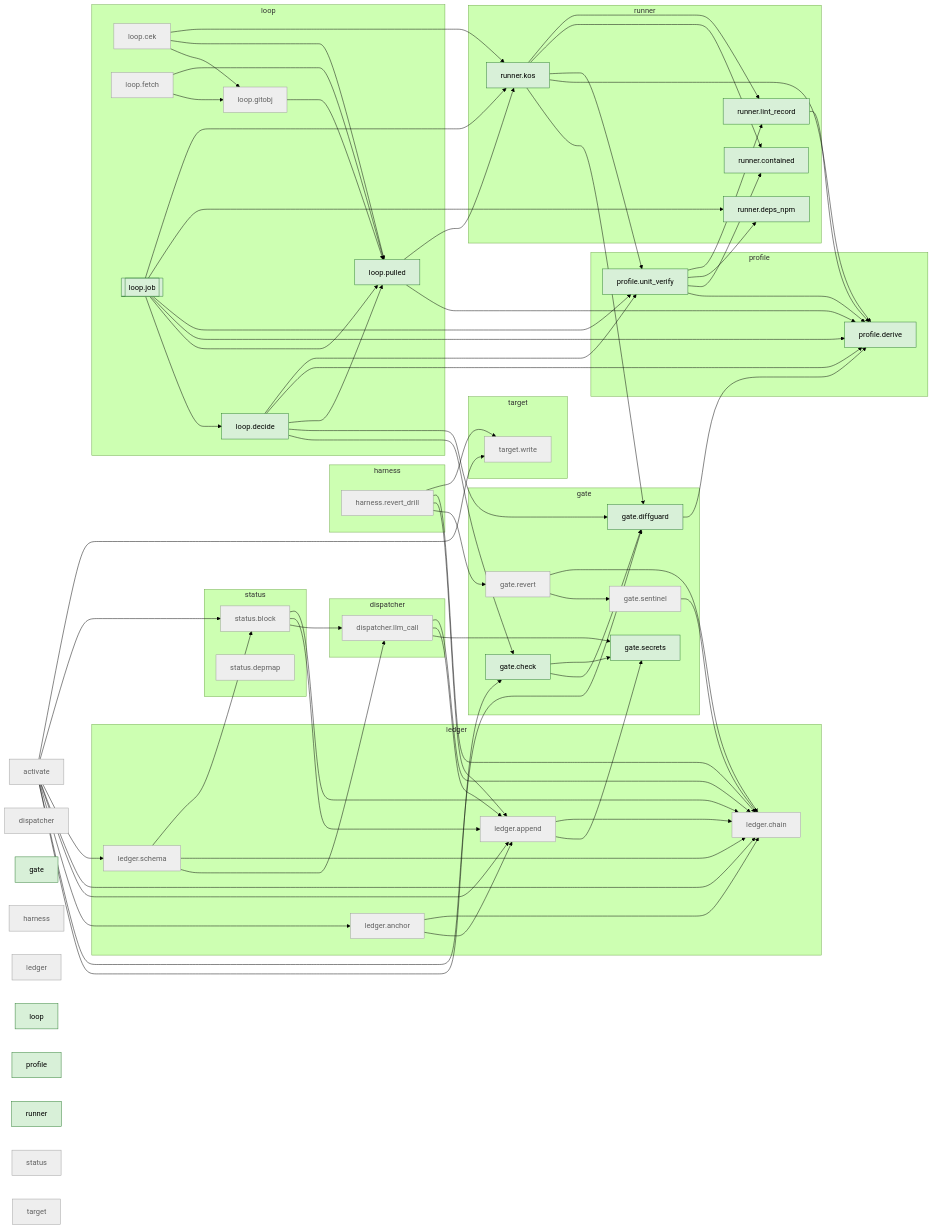
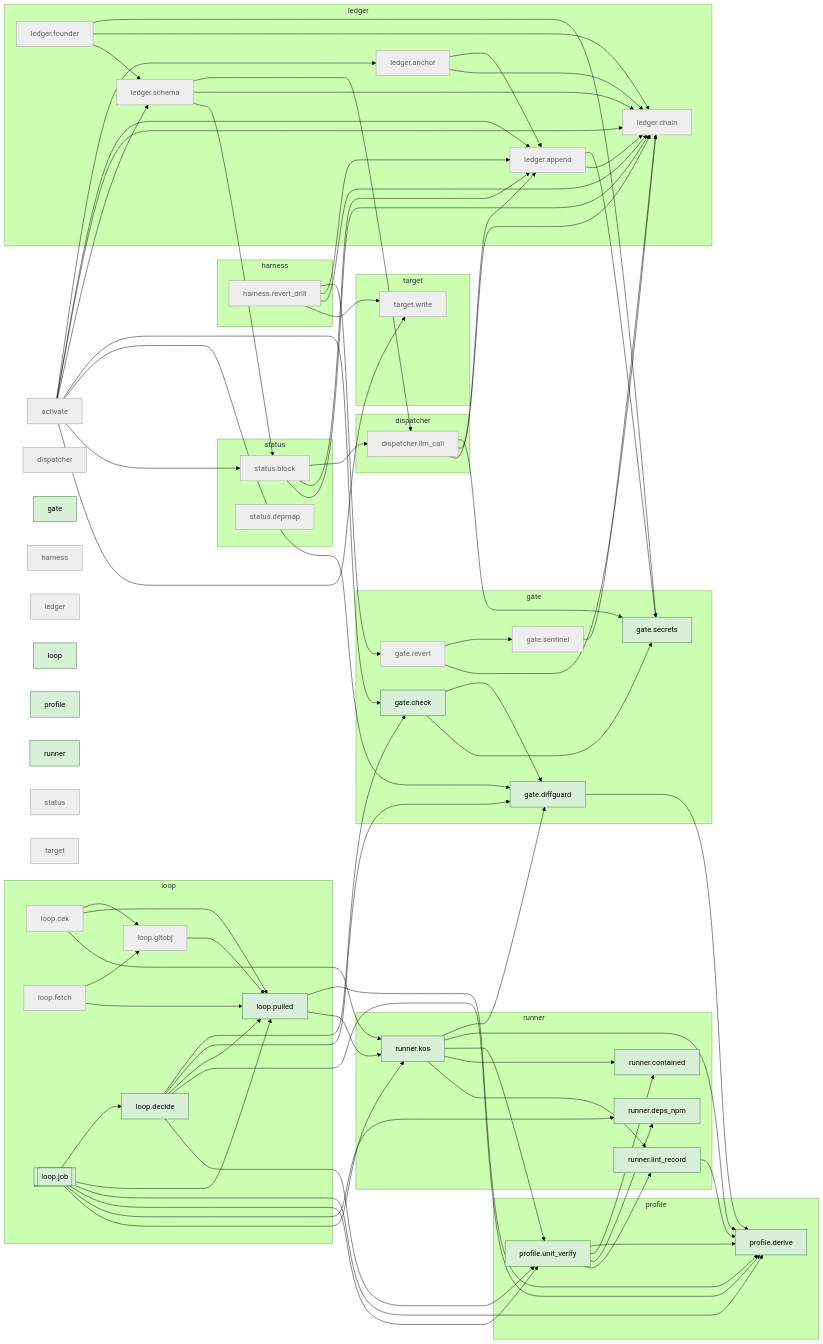
One commit to Okan-wqm/snowball-rehearsal-brain changed the diagram in docs/map/brain.md. Above: the diagram before and after it, drawn with Mermaid (forest theme). The commit also changed other lines of this file and 5 other files, not shown here.

Commit message:
stage 0: founder ledger rules in one module (ledger.founder), with an append command that refuses a row adding a problem or failing the row scan (f331).

````diff
--- a/docs/map/brain.md
+++ b/docs/map/brain.md
@@ -17,11 +17,11 @@
     n3["gate"]
     n9["harness"]
     n11["ledger"]
-    n16["loop"]
-    n23["profile"]
-    n26["runner"]
-    n31["status"]
-    n34["target"]
+    n17["loop"]
+    n24["profile"]
+    n27["runner"]
+    n32["status"]
+    n35["target"]
   subgraph g_dispatcher["dispatcher"]
     n2["dispatcher.llm_call"]
   end
@@ -39,95 +39,99 @@
     n12["ledger.anchor"]
     n13["ledger.append"]
     n14["ledger.chain"]
-    n15["ledger.schema"]
+    n15["ledger.founder"]
+    n16["ledger.schema"]
   end
   subgraph g_loop["loop"]
-    n17["loop.cek"]
-    n18["loop.decide"]
-    n19["loop.fetch"]
-    n20["loop.gitobj"]
-    n21[["loop.job"]]
-    n22["loop.pulled"]
+    n18["loop.cek"]
+    n19["loop.decide"]
+    n20["loop.fetch"]
+    n21["loop.gitobj"]
+    n22[["loop.job"]]
+    n23["loop.pulled"]
   end
   subgraph g_profile["profile"]
-    n24["profile.derive"]
-    n25["profile.unit_verify"]
+    n25["profile.derive"]
+    n26["profile.unit_verify"]
   end
   subgraph g_runner["runner"]
-    n27["runner.contained"]
-    n28["runner.deps_npm"]
-    n29["runner.kos"]
-    n30["runner.lint_record"]
+    n28["runner.contained"]
+    n29["runner.deps_npm"]
+    n30["runner.kos"]
+    n31["runner.lint_record"]
   end
   subgraph g_status["status"]
-    n32["status.block"]
-    n33["status.depmap"]
+    n33["status.block"]
+    n34["status.depmap"]
   end
   subgraph g_target["target"]
-    n35["target.write"]
+    n36["target.write"]
   end
   n0 --> n4
   n0 --> n5
   n0 --> n12
   n0 --> n13
   n0 --> n14
-  n0 --> n15
-  n0 --> n32
-  n0 --> n35
+  n0 --> n16
+  n0 --> n33
+  n0 --> n36
   n2 --> n7
   n2 --> n13
   n2 --> n14
   n4 --> n5
   n4 --> n7
-  n5 --> n24
+  n5 --> n25
   n6 --> n8
   n6 --> n14
   n8 --> n14
   n10 --> n6
   n10 --> n13
   n10 --> n14
-  n10 --> n35
+  n10 --> n36
   n12 --> n13
   n12 --> n14
   n13 --> n7
   n13 --> n14
-  n15 --> n2
+  n15 --> n7
   n15 --> n14
-  n15 --> n32
-  n17 --> n20
-  n17 --> n22
-  n17 --> n29
-  n18 --> n4
-  n18 --> n5
-  n18 --> n22
-  n18 --> n24
-  n18 --> n25
-  n19 --> n20
-  n19 --> n22
-  n20 --> n22
-  n21 --> n18
-  n21 --> n22
-  n21 --> n24
-  n21 --> n25
-  n21 --> n28
-  n21 --> n29
-  n22 --> n24
+  n15 --> n16
+  n16 --> n2
+  n16 --> n14
+  n16 --> n33
+  n18 --> n21
+  n18 --> n23
+  n18 --> n30
+  n19 --> n4
+  n19 --> n5
+  n19 --> n23
+  n19 --> n25
+  n19 --> n26
+  n20 --> n21
+  n20 --> n23
+  n21 --> n23
+  n22 --> n19
+  n22 --> n23
+  n22 --> n25
+  n22 --> n26
   n22 --> n29
-  n25 --> n24
-  n25 --> n27
-  n25 --> n28
-  n25 --> n30
-  n29 --> n5
-  n29 --> n24
-  n29 --> n25
-  n29 --> n27
-  n29 --> n30
-  n30 --> n24
-  n32 --> n2
-  n32 --> n13
-  n32 --> n14
+  n22 --> n30
+  n23 --> n25
+  n23 --> n30
+  n26 --> n25
+  n26 --> n28
+  n26 --> n29
+  n26 --> n31
+  n30 --> n5
+  n30 --> n25
+  n30 --> n26
+  n30 --> n28
+  n30 --> n31
+  n31 --> n25
+  n33 --> n2
+  n33 --> n13
+  n33 --> n14
   classDef live fill:#d8f0d8,stroke:#2e7d32
   classDef off fill:#eeeeee,stroke:#9e9e9e,color:#616161
-  class n3,n4,n5,n7,n16,n18,n21,n22,n23,n24,n25,n26,n27,n28,n29,n30 live
-  class n0,n1,n2,n6,n8,n9,n10,n11,n12,n13,n14,n15,n17,n19,n20,n31,n32,n33,n34,n35 off
+  class n3,n4,n5,n7,n17,n19,n22,n23,n24,n25,n26,n27,n28,n29,n30,n31 live
+  class n0,n1,n2,n6,n8,n9,n10,n11,n12,n13,n14,n15,n16,n18,n20,n21,n32,n33,n34,n35,n36 off
 ```
````
